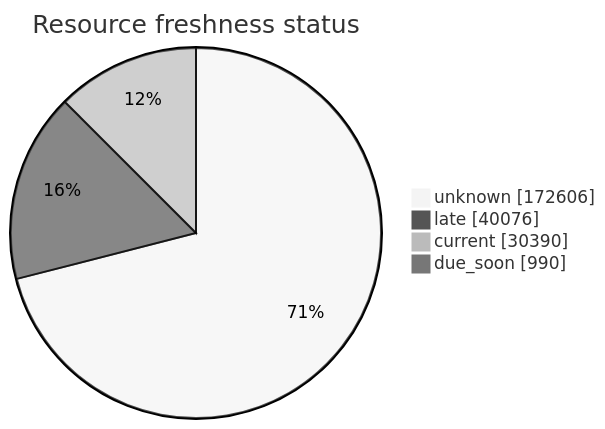
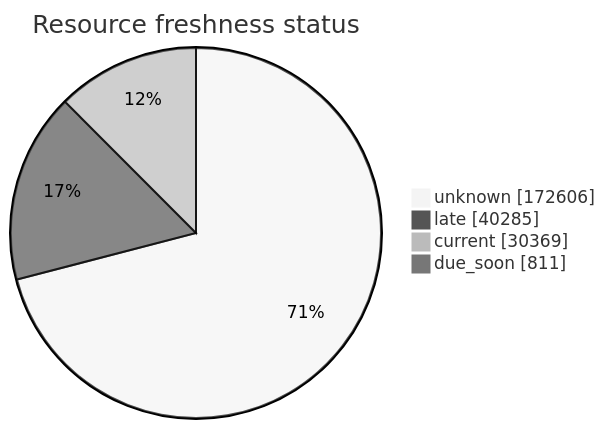
Before and after one commit to open-data/analytics-corporate-reporting: the third of 5 diagrams in FreshCheck/README.md, drawn with Mermaid (neutral theme). The commit also changed other lines of this file and 3 other files, not shown here.

````diff
--- a/FreshCheck/README.md
+++ b/FreshCheck/README.md
@@ -78,7 +78,7 @@
 ```mermaid
 pie showData title Resource freshness status
     "unknown": 172606
-    "late": 40076
-    "current": 30390
-    "due_soon": 990
+    "late": 40285
+    "current": 30369
+    "due_soon": 811
 ```
````
